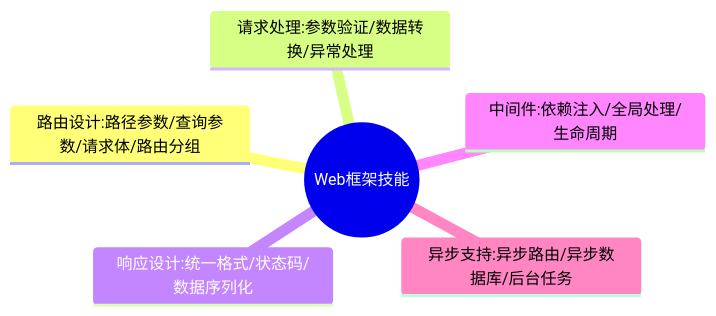
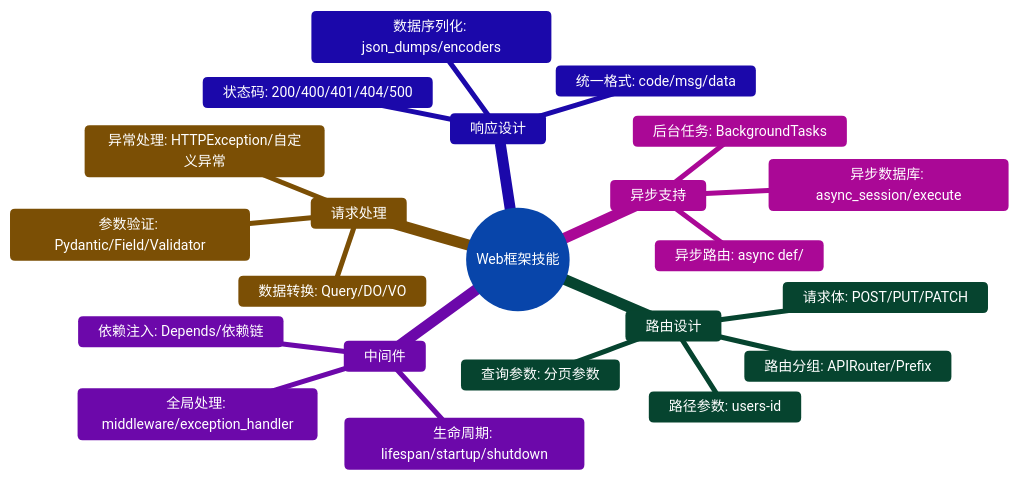
The fourth of 5 diagrams in ruoyi-fastapi-backend/docs/learning/06-后端知识地图/04-技术能力矩阵.md (hata33/ruoyi-fastapi-full-stack), drawn with Mermaid before and after one commit. The commit also changed other lines of this file and 9 other files, not shown here.

````diff
--- a/ruoyi-fastapi-backend/docs/learning/06-后端知识地图/04-技术能力矩阵.md
+++ b/ruoyi-fastapi-backend/docs/learning/06-后端知识地图/04-技术能力矩阵.md
@@ -129,9 +227,35 @@
 ```mermaid
+%%{init: {'theme': 'base', 'themeVariables': {
+  'primaryColor': '#3B82F6',
+  'primaryTextColor': '#fff',
+  'primaryBorderColor': '#2563EB',
+  'lineColor': '#6B7280',
+  'secondaryColor': '#10B981',
+  'tertiaryColor': '#F59E0B',
+  'background': '#f8fafc',
+  'fontSize': '14px'
+}}}%%
 mindmap
   root((Web框架技能))
-    路由设计:路径参数/查询参数/请求体/路由分组
-    请求处理:参数验证/数据转换/异常处理
-    响应设计:统一格式/状态码/数据序列化
-    中间件:依赖注入/全局处理/生命周期
-    异步支持:异步路由/异步数据库/后台任务
+    路由设计
+      路径参数: users-id
+      查询参数: 分页参数
+      请求体: POST/PUT/PATCH
+      路由分组: APIRouter/Prefix
+    请求处理
+      参数验证: Pydantic/Field/Validator
+      数据转换: Query/DO/VO
+      异常处理: HTTPException/自定义异常
+    响应设计
+      统一格式: code/msg/data
+      状态码: 200/400/401/404/500
+      数据序列化: json_dumps/encoders
+    中间件
+      依赖注入: Depends/依赖链
+      全局处理: middleware/exception_handler
+      生命周期: lifespan/startup/shutdown
+    异步支持
+      异步路由: async def/
+      异步数据库: async_session/execute
+      后台任务: BackgroundTasks
 ```
````
